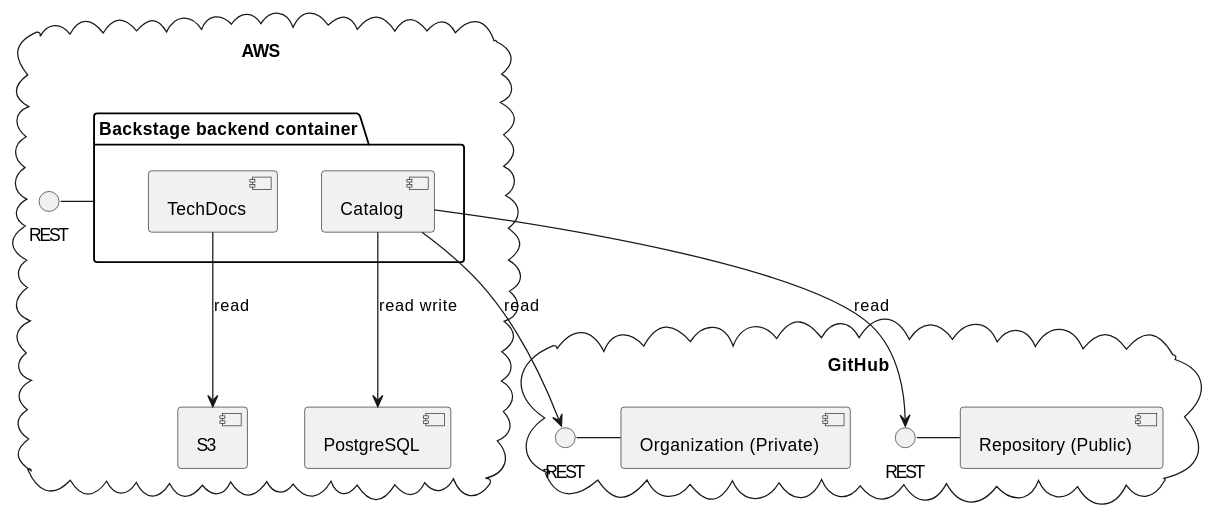
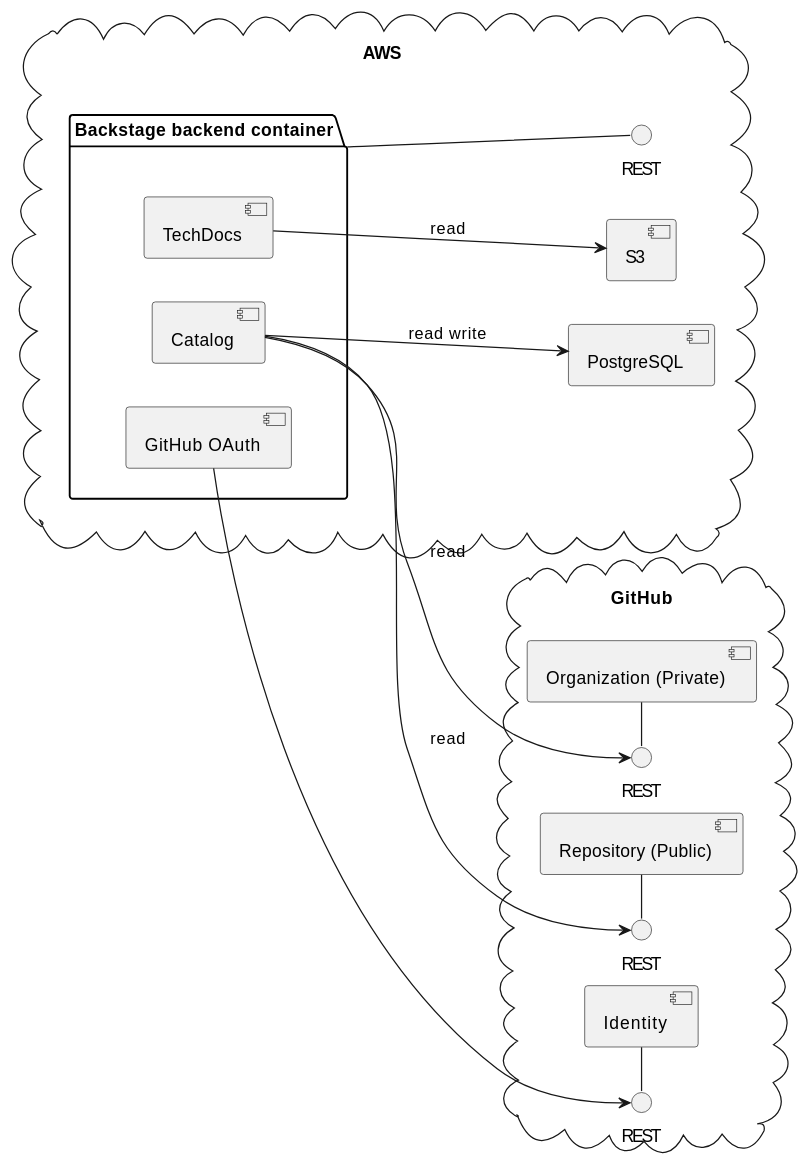
Before and after one commit to keyluck/lighthouse-backstage: the third of 4 diagrams in docs/deployment.md, drawn with PlantUML. The commit also changed other lines of this file, not shown here.

````diff
--- a/docs/deployment.md
+++ b/docs/deployment.md
@@ -56,23 +84,27 @@
 ```plantuml
-
+left to right direction
 cloud "AWS\n"{
   component "PostgreSQL" as postgresql
   package container as "Backstage backend container"{
     [Catalog]
     [TechDocs]
+    [GitHub OAuth]
   } 
   [S3]
   [Catalog] --> [postgresql] : read write
   [TechDocs] --> [S3] : read 
-  REST - container
+  REST -up- container
 }
 
 cloud "GitHub\n" {
   interface "REST" as RepoAPI
   interface "REST" as OrgAPI
+  interface "REST" as OAuth
   OrgAPI - [Organization (Private)]
   RepoAPI - [Repository (Public)]
+  OAuth - [Identity]
   [Catalog] --> OrgAPI : read
   [Catalog] --> RepoAPI : read
+  [GitHub OAuth] --> OAuth 
 }
 ```
````
